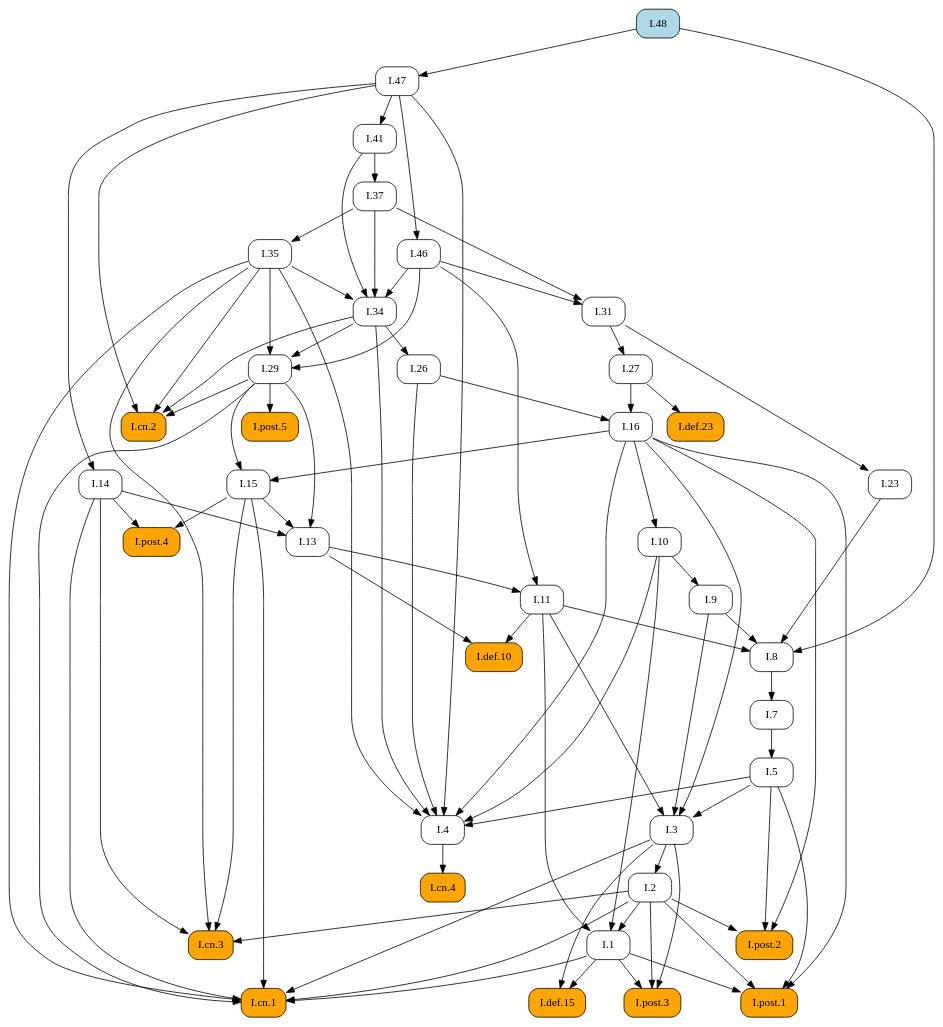
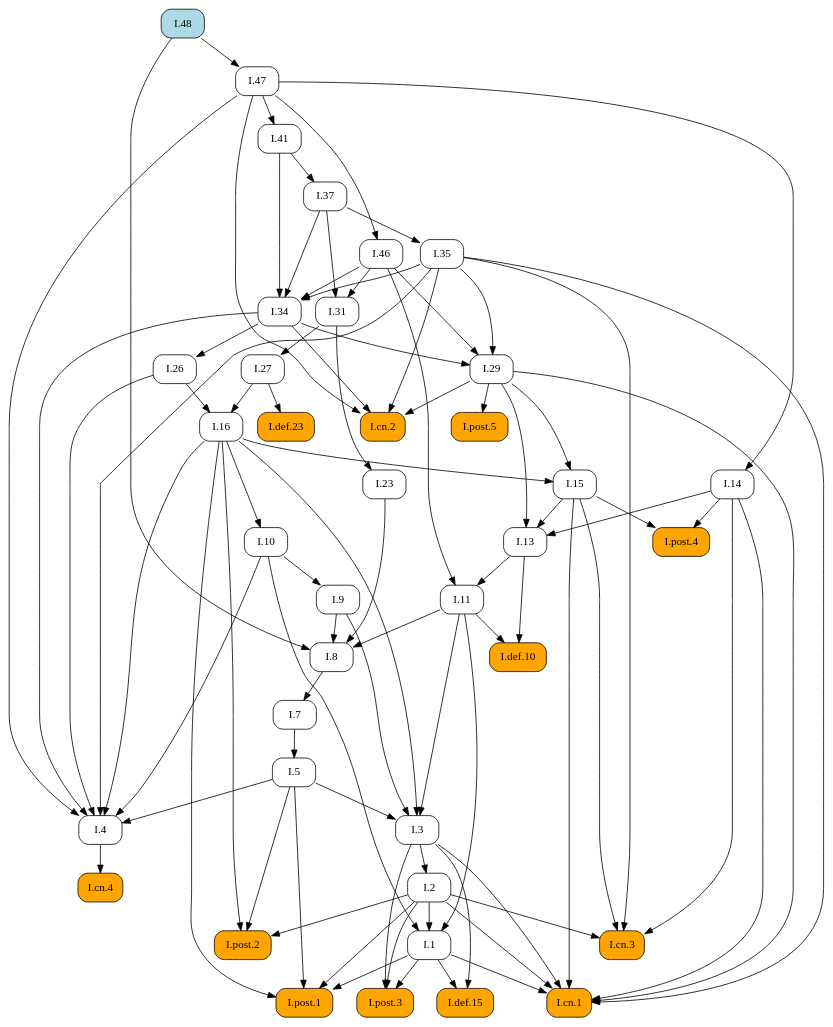
Before and after one commit to geometor/elements: the diagram in docsrc/heath/I/48/index.rst, drawn with Graphviz. The commit also changed other lines of this file and 1029 other files, not shown here.

```diff
--- a/docsrc/heath/I/48/index.rst
+++ b/docsrc/heath/I/48/index.rst
@@ -47,89 +47,99 @@
    digraph {
      rankdir="TB";
      node [shape=box, style=rounded];
+     "I.def.10" [style="rounded,filled", fillcolor=orange, URL="/heath/I/def.10/", target="_top"];
+     "I.11" [URL="/heath/I/11/", target="_top"];
+     "I.post.4" [style="rounded,filled", fillcolor=orange, URL="/heath/I/post.4/", target="_top"];
+     "I.1" [URL="/heath/I/1/", target="_top"];
+     "I.26" [URL="/heath/I/26/", target="_top"];
+     "I.29" [URL="/heath/I/29/", target="_top"];
+     "I.cn.2" [style="rounded,filled", fillcolor=orange, URL="/heath/I/cn.2/", target="_top"];
+     "I.47" [URL="/heath/I/47/", target="_top"];
+     "I.def.15" [style="rounded,filled", fillcolor=orange, URL="/heath/I/def.15/", target="_top"];
+     "I.post.3" [style="rounded,filled", fillcolor=orange, URL="/heath/I/post.3/", target="_top"];
+     "I.cn.1" [style="rounded,filled", fillcolor=orange, URL="/heath/I/cn.1/", target="_top"];
      "I.cn.3" [style="rounded,filled", fillcolor=orange, URL="/heath/I/cn.3/", target="_top"];
+     "I.14" [URL="/heath/I/14/", target="_top"];
+     "I.23" [URL="/heath/I/23/", target="_top"];
+     "I.post.1" [style="rounded,filled", fillcolor=orange, URL="/heath/I/post.1/", target="_top"];
+     "I.35" [URL="/heath/I/35/", target="_top"];
+     "I.41" [URL="/heath/I/41/", target="_top"];
+     "I.27" [URL="/heath/I/27/", target="_top"];
+     "I.46" [URL="/heath/I/46/", target="_top"];
      "I.7" [URL="/heath/I/7/", target="_top"];
-     "I.29" [URL="/heath/I/29/", target="_top"];
-     "I.27" [URL="/heath/I/27/", target="_top"];
+     "I.34" [URL="/heath/I/34/", target="_top"];
+     "I.37" [URL="/heath/I/37/", target="_top"];
+     "I.3" [URL="/heath/I/3/", target="_top"];
+     "I.2" [URL="/heath/I/2/", target="_top"];
+     "I.4" [URL="/heath/I/4/", target="_top"];
      "I.def.23" [style="rounded,filled", fillcolor=orange, URL="/heath/I/def.23/", target="_top"];
-     "I.34" [URL="/heath/I/34/", target="_top"];
+     "I.13" [URL="/heath/I/13/", target="_top"];
+     "I.31" [URL="/heath/I/31/", target="_top"];
+     "I.post.2" [style="rounded,filled", fillcolor=orange, URL="/heath/I/post.2/", target="_top"];
+     "I.16" [URL="/heath/I/16/", target="_top"];
+     "I.48" [style="rounded,filled", fillcolor=lightblue, URL="/heath/I/48/", target="_top"];
+     "I.9" [URL="/heath/I/9/", target="_top"];
      "I.8" [URL="/heath/I/8/", target="_top"];
-     "I.9" [URL="/heath/I/9/", target="_top"];
-     "I.post.4" [style="rounded,filled", fillcolor=orange, URL="/heath/I/post.4/", target="_top"];
-     "I.2" [URL="/heath/I/2/", target="_top"];
-     "I.def.15" [style="rounded,filled", fillcolor=orange, URL="/heath/I/def.15/", target="_top"];
-     "I.1" [URL="/heath/I/1/", target="_top"];
-     "I.post.1" [style="rounded,filled", fillcolor=orange, URL="/heath/I/post.1/", target="_top"];
      "I.cn.4" [style="rounded,filled", fillcolor=orange, URL="/heath/I/cn.4/", target="_top"];
-     "I.26" [URL="/heath/I/26/", target="_top"];
-     "I.48" [style="rounded,filled", fillcolor=lightblue, URL="/heath/I/48/", target="_top"];
-     "I.23" [URL="/heath/I/23/", target="_top"];
-     "I.13" [URL="/heath/I/13/", target="_top"];
-     "I.cn.2" [style="rounded,filled", fillcolor=orange, URL="/heath/I/cn.2/", target="_top"];
+     "I.15" [URL="/heath/I/15/", target="_top"];
+     "I.post.5" [style="rounded,filled", fillcolor=orange, URL="/heath/I/post.5/", target="_top"];
+     "I.10" [URL="/heath/I/10/", target="_top"];
      "I.5" [URL="/heath/I/5/", target="_top"];
-     "I.11" [URL="/heath/I/11/", target="_top"];
-     "I.10" [URL="/heath/I/10/", target="_top"];
-     "I.4" [URL="/heath/I/4/", target="_top"];
-     "I.3" [URL="/heath/I/3/", target="_top"];
-     "I.16" [URL="/heath/I/16/", target="_top"];
-     "I.31" [URL="/heath/I/31/", target="_top"];
-     "I.def.10" [style="rounded,filled", fillcolor=orange, URL="/heath/I/def.10/", target="_top"];
-     "I.46" [URL="/heath/I/46/", target="_top"];
-     "I.post.2" [style="rounded,filled", fillcolor=orange, URL="/heath/I/post.2/", target="_top"];
-     "I.post.3" [style="rounded,filled", fillcolor=orange, URL="/heath/I/post.3/", target="_top"];
-     "I.post.5" [style="rounded,filled", fillcolor=orange, URL="/heath/I/post.5/", target="_top"];
-     "I.14" [URL="/heath/I/14/", target="_top"];
-     "I.35" [URL="/heath/I/35/", target="_top"];
-     "I.47" [URL="/heath/I/47/", target="_top"];
-     "I.15" [URL="/heath/I/15/", target="_top"];
-     "I.cn.1" [style="rounded,filled", fillcolor=orange, URL="/heath/I/cn.1/", target="_top"];
-     "I.41" [URL="/heath/I/41/", target="_top"];
-     "I.37" [URL="/heath/I/37/", target="_top"];
+     "I.11" -> "I.def.10";
+     "I.13" -> "I.def.10";
+     "I.13" -> "I.11";
+     "I.46" -> "I.11";
+     "I.14" -> "I.post.4";
+     "I.15" -> "I.post.4";
+     "I.2" -> "I.1";
+     "I.10" -> "I.1";
+     "I.11" -> "I.1";
+     "I.34" -> "I.26";
+     "I.34" -> "I.29";
+     "I.35" -> "I.29";
+     "I.46" -> "I.29";
+     "I.29" -> "I.cn.2";
+     "I.34" -> "I.cn.2";
+     "I.35" -> "I.cn.2";
+     "I.47" -> "I.cn.2";
+     "I.48" -> "I.47";
+     "I.1" -> "I.def.15";
+     "I.3" -> "I.def.15";
+     "I.1" -> "I.post.3";
+     "I.2" -> "I.post.3";
+     "I.3" -> "I.post.3";
+     "I.1" -> "I.cn.1";
+     "I.2" -> "I.cn.1";
+     "I.3" -> "I.cn.1";
+     "I.14" -> "I.cn.1";
+     "I.15" -> "I.cn.1";
+     "I.29" -> "I.cn.1";
+     "I.35" -> "I.cn.1";
      "I.2" -> "I.cn.3";
      "I.14" -> "I.cn.3";
      "I.15" -> "I.cn.3";
      "I.35" -> "I.cn.3";
+     "I.47" -> "I.14";
+     "I.31" -> "I.23";
+     "I.1" -> "I.post.1";
+     "I.2" -> "I.post.1";
+     "I.5" -> "I.post.1";
+     "I.16" -> "I.post.1";
+     "I.37" -> "I.35";
+     "I.47" -> "I.41";
+     "I.31" -> "I.27";
+     "I.47" -> "I.46";
      "I.8" -> "I.7";
-     "I.34" -> "I.29";
-     "I.35" -> "I.29";
-     "I.46" -> "I.29";
-     "I.31" -> "I.27";
-     "I.27" -> "I.def.23";
      "I.35" -> "I.34";
      "I.37" -> "I.34";
      "I.41" -> "I.34";
      "I.46" -> "I.34";
-     "I.9" -> "I.8";
-     "I.11" -> "I.8";
-     "I.23" -> "I.8";
-     "I.48" -> "I.8";
-     "I.10" -> "I.9";
-     "I.14" -> "I.post.4";
-     "I.15" -> "I.post.4";
+     "I.41" -> "I.37";
+     "I.5" -> "I.3";
+     "I.9" -> "I.3";
+     "I.11" -> "I.3";
+     "I.16" -> "I.3";
      "I.3" -> "I.2";
-     "I.1" -> "I.def.15";
-     "I.3" -> "I.def.15";
-     "I.2" -> "I.1";
-     "I.10" -> "I.1";
-     "I.11" -> "I.1";
-     "I.1" -> "I.post.1";
-     "I.2" -> "I.post.1";
-     "I.5" -> "I.post.1";
-     "I.16" -> "I.post.1";
-     "I.4" -> "I.cn.4";
-     "I.34" -> "I.26";
-     "I.31" -> "I.23";
-     "I.14" -> "I.13";
-     "I.15" -> "I.13";
-     "I.29" -> "I.13";
-     "I.29" -> "I.cn.2";
-     "I.34" -> "I.cn.2";
-     "I.35" -> "I.cn.2";
-     "I.47" -> "I.cn.2";
-     "I.7" -> "I.5";
-     "I.13" -> "I.11";
-     "I.46" -> "I.11";
-     "I.16" -> "I.10";
      "I.5" -> "I.4";
      "I.10" -> "I.4";
      "I.16" -> "I.4";
@@ -137,36 +147,26 @@
      "I.34" -> "I.4";
      "I.35" -> "I.4";
      "I.47" -> "I.4";
-     "I.5" -> "I.3";
-     "I.9" -> "I.3";
-     "I.11" -> "I.3";
-     "I.16" -> "I.3";
-     "I.26" -> "I.16";
-     "I.27" -> "I.16";
+     "I.27" -> "I.def.23";
+     "I.14" -> "I.13";
+     "I.15" -> "I.13";
+     "I.29" -> "I.13";
      "I.37" -> "I.31";
      "I.46" -> "I.31";
-     "I.11" -> "I.def.10";
-     "I.13" -> "I.def.10";
-     "I.47" -> "I.46";
      "I.2" -> "I.post.2";
      "I.5" -> "I.post.2";
      "I.16" -> "I.post.2";
-     "I.1" -> "I.post.3";
-     "I.2" -> "I.post.3";
-     "I.3" -> "I.post.3";
-     "I.29" -> "I.post.5";
-     "I.47" -> "I.14";
-     "I.37" -> "I.35";
-     "I.48" -> "I.47";
+     "I.26" -> "I.16";
+     "I.27" -> "I.16";
+     "I.10" -> "I.9";
+     "I.9" -> "I.8";
+     "I.11" -> "I.8";
+     "I.23" -> "I.8";
+     "I.48" -> "I.8";
+     "I.4" -> "I.cn.4";
      "I.16" -> "I.15";
      "I.29" -> "I.15";
-     "I.1" -> "I.cn.1";
-     "I.2" -> "I.cn.1";
-     "I.3" -> "I.cn.1";
-     "I.14" -> "I.cn.1";
-     "I.15" -> "I.cn.1";
-     "I.29" -> "I.cn.1";
-     "I.35" -> "I.cn.1";
-     "I.47" -> "I.41";
-     "I.41" -> "I.37";
+     "I.29" -> "I.post.5";
+     "I.16" -> "I.10";
+     "I.7" -> "I.5";
    }
```
